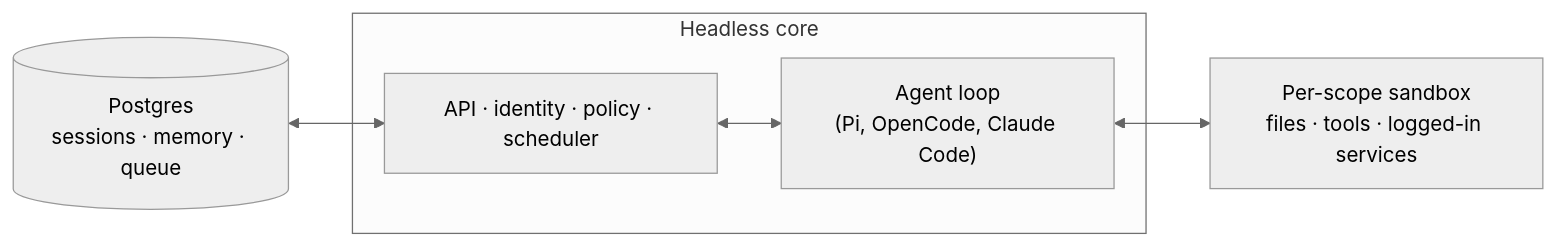
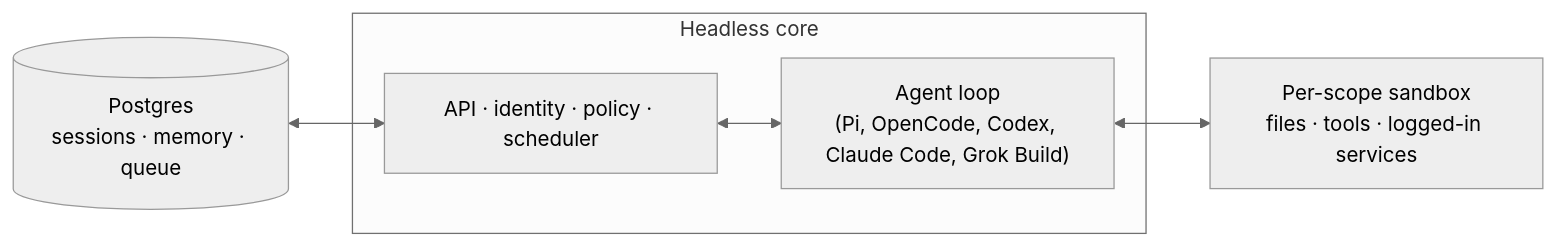
One commit to yc-software/qm changed the diagram in README.md. Above: the diagram before and after it, drawn with Mermaid (neutral theme). The commit also changed other lines of this file and 95 other files, not shown here.

Commit message:
feat: add Grok Build subscription support

````diff
--- a/README.md
+++ b/README.md
@@ -51,15 +51,15 @@
 ```mermaid
 flowchart LR
   DB[("Postgres<br/>sessions · memory · queue")]
 
   subgraph CORE["Headless core"]
     API["API · identity · policy · scheduler"]
-    LOOP["Agent loop<br/>(Pi, OpenCode, Claude Code)"]
+    LOOP["Agent loop<br/>(Pi, OpenCode, Codex, Claude Code, Grok Build)"]
     API <--> LOOP
   end
 
   SBX["Per-scope sandbox<br/>files · tools · logged-in services"]
 
   DB <--> API
   LOOP <--> SBX
 ```
````
